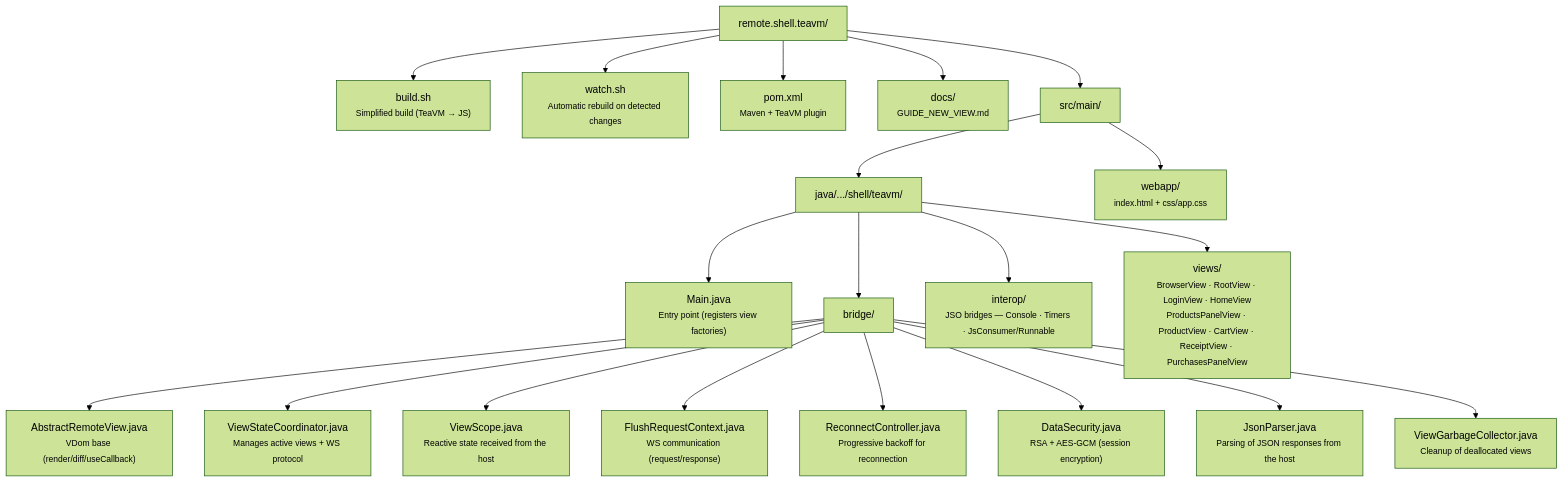
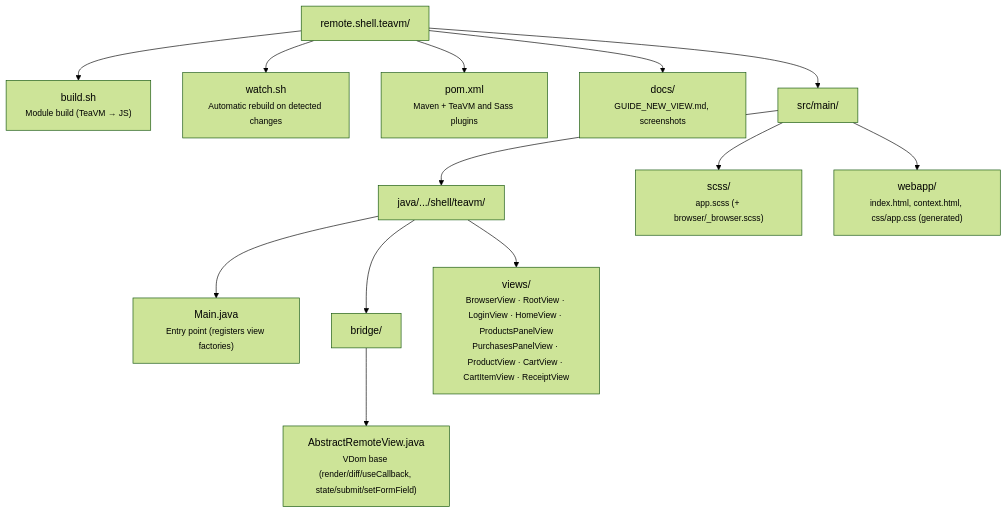
One commit to mrcdom/wdc-cube-java-v2 changed the third of 4 diagrams in fontes/br.com.wdc.store/br.com.wdc.store.view.remote/remote.shell.teavm/README.md. Above: the diagram before and after it, drawn with Mermaid (forest theme). The commit also changed other lines of this file and 50 other files, not shown here.

````diff
--- a/fontes/br.com.wdc.store/br.com.wdc.store.view.remote/remote.shell.teavm/README.md
+++ b/fontes/br.com.wdc.store/br.com.wdc.store.view.remote/remote.shell.teavm/README.md
@@ -51,43 +54,29 @@
 ```mermaid
 graph TD
     root["remote.shell.teavm/"]
-    buildsh["build.sh<br/><small>Simplified build (TeaVM → JS)</small>"]
+    buildsh["build.sh<br/><small>Module build (TeaVM → JS)</small>"]
     watchsh["watch.sh<br/><small>Automatic rebuild on detected changes</small>"]
-    pom["pom.xml<br/><small>Maven + TeaVM plugin</small>"]
-    docs["docs/<br/><small>GUIDE_NEW_VIEW.md</small>"]
+    pom["pom.xml<br/><small>Maven + TeaVM and Sass plugins</small>"]
+    docs["docs/<br/><small>GUIDE_NEW_VIEW.md, screenshots</small>"]
     srcMain["src/main/"]
     java["java/.../shell/teavm/"]
     main["Main.java<br/><small>Entry point (registers view factories)</small>"]
     bridge["bridge/"]
-    arv["AbstractRemoteView.java<br/><small>VDom base (render/diff/useCallback)</small>"]
-    vsc["ViewStateCoordinator.java<br/><small>Manages active views + WS protocol</small>"]
-    vs["ViewScope.java<br/><small>Reactive state received from the host</small>"]
-    frc["FlushRequestContext.java<br/><small>WS communication (request/response)</small>"]
-    rc["ReconnectController.java<br/><small>Progressive backoff for reconnection</small>"]
-    ds["DataSecurity.java<br/><small>RSA + AES-GCM (session encryption)</small>"]
-    jp["JsonParser.java<br/><small>Parsing of JSON responses from the host</small>"]
-    vgc["ViewGarbageCollector.java<br/><small>Cleanup of deallocated views</small>"]
-    interop["interop/<br/><small>JSO bridges — Console · Timers · JsConsumer/Runnable</small>"]
-    views["views/<br/><small>BrowserView · RootView · LoginView · HomeView<br/>ProductsPanelView · ProductView · CartView · ReceiptView · PurchasesPanelView</small>"]
-    webapp["webapp/<br/><small>index.html + css/app.css</small>"]
+    arv["AbstractRemoteView.java<br/><small>VDom base (render/diff/useCallback, state/submit/setFormField)</small>"]
+    views["views/<br/><small>BrowserView · RootView · LoginView · HomeView · ProductsPanelView<br/>PurchasesPanelView · ProductView · CartView · CartItemView · ReceiptView</small>"]
+    scss["scss/<br/><small>app.scss (+ browser/_browser.scss)</small>"]
+    webapp["webapp/<br/><small>index.html, context.html, css/app.css (generated)</small>"]
 
     root --> buildsh
     root --> watchsh
     root --> pom
     root --> docs
     root --> srcMain
     srcMain --> java
+    srcMain --> scss
     srcMain --> webapp
     java --> main
     java --> bridge
-    java --> interop
     java --> views
     bridge --> arv
-    bridge --> vsc
-    bridge --> vs
-    bridge --> frc
-    bridge --> rc
-    bridge --> ds
-    bridge --> jp
-    bridge --> vgc
 ```
````
